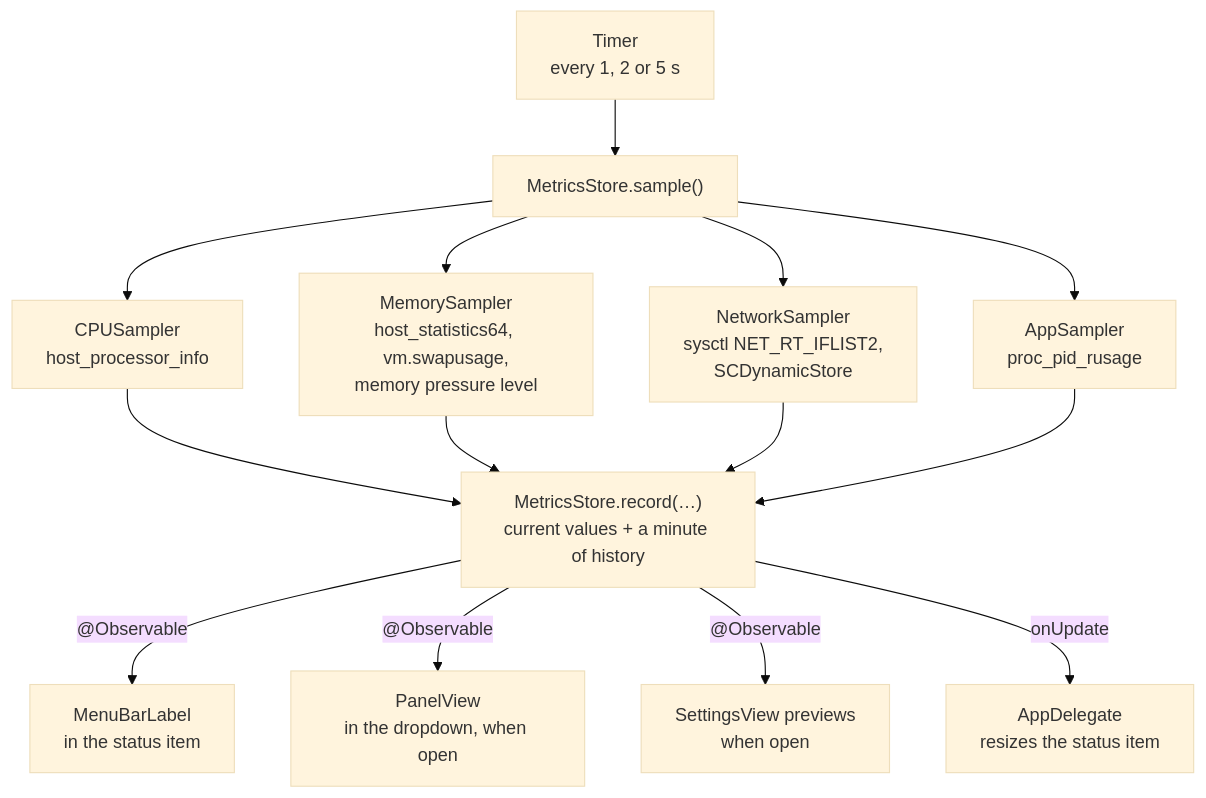
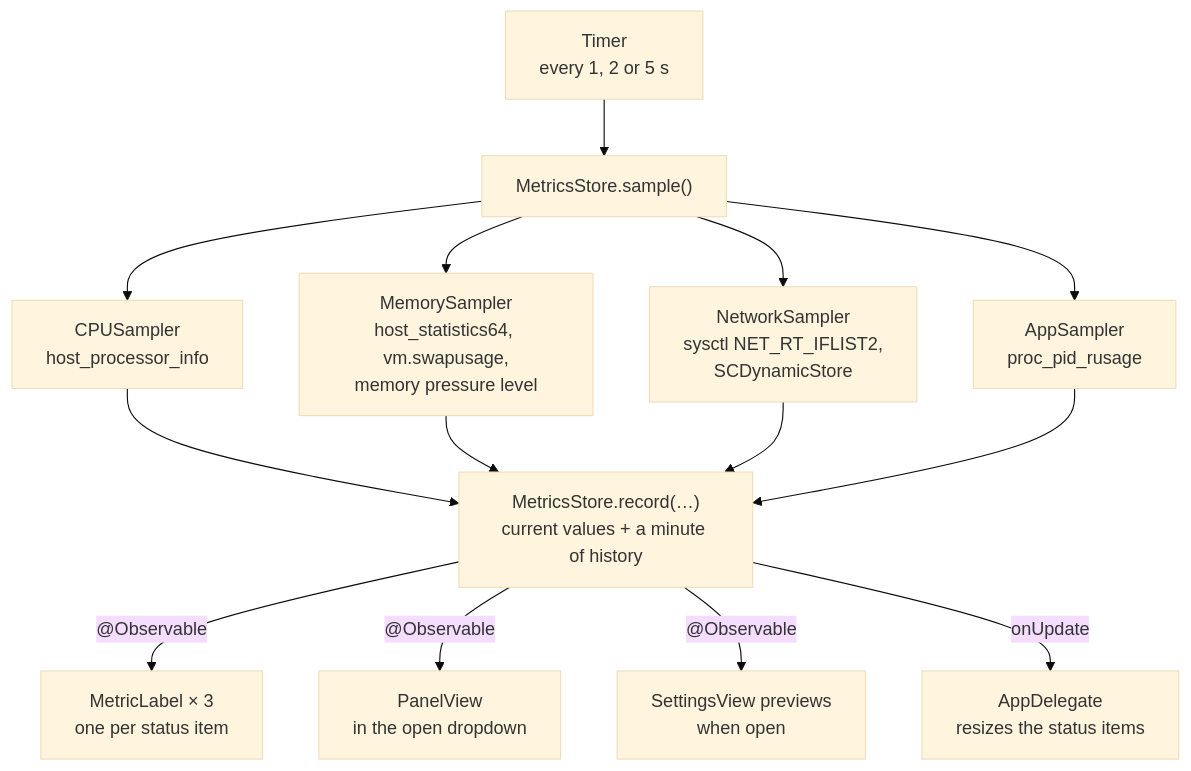
The diagram in Docs/ARCHITECTURE.md (rwijnen/menu-bar-monitor), drawn with Mermaid (base theme) before and after one commit. The commit also changed other lines of this file and 29 other files, not shown here.

First line of the commit message:
Give each metric its own menu bar item and dropdown

````diff
--- a/Docs/ARCHITECTURE.md
+++ b/Docs/ARCHITECTURE.md
@@ -10,13 +10,13 @@
 ```mermaid
 flowchart TD
     T["Timer<br/>every 1, 2 or 5 s"] --> S["MetricsStore.sample()"]
     S --> C["CPUSampler<br/>host_processor_info"]
     S --> M["MemorySampler<br/>host_statistics64, vm.swapusage,<br/>memory pressure level"]
     S --> N["NetworkSampler<br/>sysctl NET_RT_IFLIST2,<br/>SCDynamicStore"]
     S --> A["AppSampler<br/>proc_pid_rusage"]
     C & M & N & A --> R["MetricsStore.record(…)<br/>current values + a minute of history"]
-    R -->|"@Observable"| L["MenuBarLabel<br/>in the status item"]
-    R -->|"@Observable"| P["PanelView<br/>in the dropdown, when open"]
+    R -->|"@Observable"| L["MetricLabel × 3<br/>one per status item"]
+    R -->|"@Observable"| P["PanelView<br/>in the open dropdown"]
     R -->|"@Observable"| V["SettingsView previews<br/>when open"]
-    R -->|"onUpdate"| W["AppDelegate<br/>resizes the status item"]
+    R -->|"onUpdate"| W["AppDelegate<br/>resizes the status items"]
 ```
````
